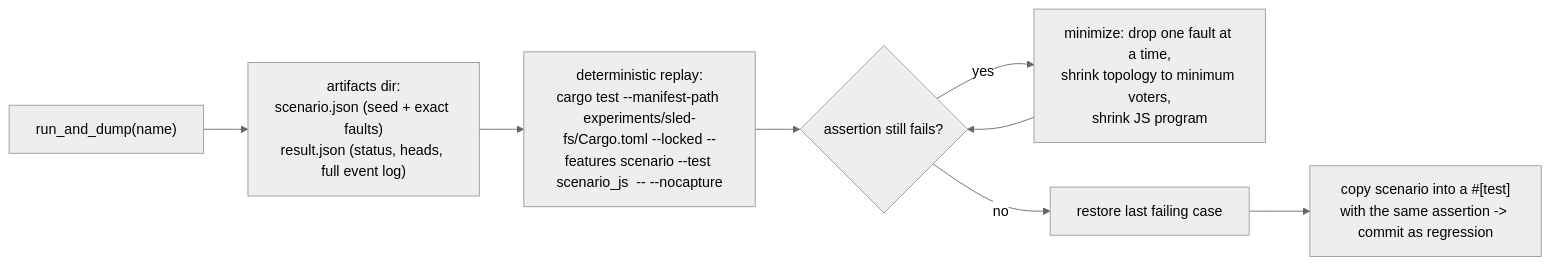
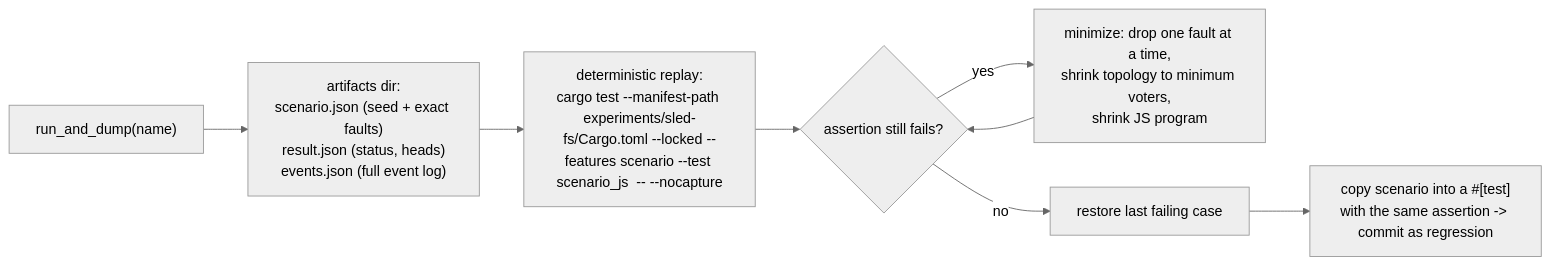
Before and after one commit to r33drichards/mcp-js: the fifth of 5 diagrams in docs/scenario-harness/arch.md, drawn with Mermaid (neutral theme). The commit also changed other lines of this file and 10 other files, not shown here.

````diff
--- a/docs/scenario-harness/arch.md
+++ b/docs/scenario-harness/arch.md
@@ -218,10 +221,10 @@
 ```mermaid
 flowchart LR
-    RUN["run_and_dump(name)"] --> ART["artifacts dir:<br/>scenario.json (seed + exact faults)<br/>result.json (status, heads, full event log)"]
+    RUN["run_and_dump(name)"] --> ART["artifacts dir:<br/>scenario.json (seed + exact faults)<br/>result.json (status, heads)<br/>events.json (full event log)"]
     ART --> REPLAY["deterministic replay:<br/>cargo test --manifest-path experiments/sled-fs/Cargo.toml --locked --features scenario --test scenario_js <test> -- --nocapture"]
     REPLAY --> MIN{"assertion still fails?"}
     MIN -->|"yes"| MIN2["minimize: drop one fault at a time,<br/>shrink topology to minimum voters,<br/>shrink JS program"]
     MIN2 --> MIN
     MIN -->|"no"| LAST["restore last failing case"]
     LAST --> REG["copy scenario into a #[test]<br/>with the same assertion -> commit as regression"]
 ```
````
